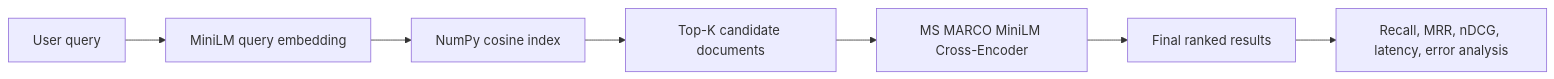
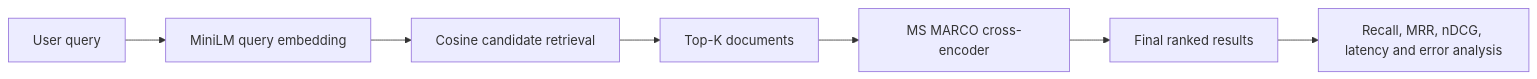
The diagram in 03-cross-encoder-bi-encoder-ranking-system/README.md (unit-mole/transformer-projects), drawn with Mermaid before and after one commit. The commit also changed other lines of this file and 48 other files, not shown here.

Commit message:
Update Project 03: Add Python, Model Hub and Static Space architecture

````diff
--- a/03-cross-encoder-bi-encoder-ranking-system/README.md
+++ b/03-cross-encoder-bi-encoder-ranking-system/README.md
@@ -91,9 +80,9 @@
 ```mermaid
 flowchart LR
     A[User query] --> B[MiniLM query embedding]
-    B --> C[NumPy cosine index]
-    C --> D[Top-K candidate documents]
-    D --> E[MS MARCO MiniLM Cross-Encoder]
+    B --> C[Cosine candidate retrieval]
+    C --> D[Top-K documents]
+    D --> E[MS MARCO cross-encoder]
     E --> F[Final ranked results]
-    F --> G[Recall, MRR, nDCG, latency, error analysis]
+    F --> G[Recall, MRR, nDCG, latency and error analysis]
 ```
````
